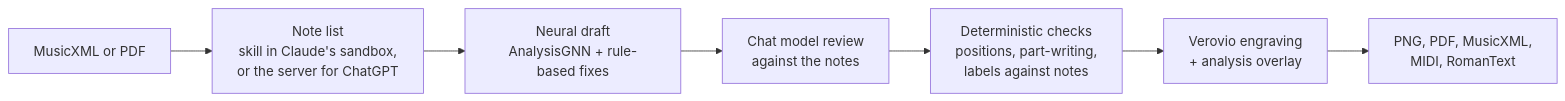
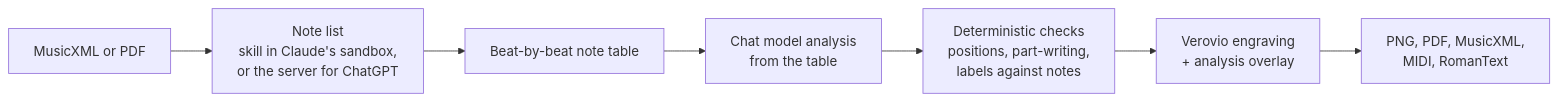
Before and after one commit to Vedat-Ozkan/sheet-music-analysis: the diagram in README.md, drawn with Mermaid. The commit also changed other lines of this file and 2 other files, not shown here.

First line of the commit message:
Review fixes: part-writing checks only for two to four parts, README flow without the draft, student check named

````diff
--- a/README.md
+++ b/README.md
@@ -26,9 +26,9 @@
 ```mermaid
 flowchart LR
     A[MusicXML or PDF] --> B[Note list<br/>skill in Claude's sandbox,<br/>or the server for ChatGPT]
-    B --> C[Neural draft<br/>AnalysisGNN + rule-based fixes]
-    C --> D[Chat model review<br/>against the notes]
+    B --> C[Beat-by-beat note table]
+    C --> D[Chat model analysis<br/>from the table]
     D --> E[Deterministic checks<br/>positions, part-writing,<br/>labels against notes]
     E --> F[Verovio engraving<br/>+ analysis overlay]
     F --> G[PNG, PDF, MusicXML,<br/>MIDI, RomanText]
 ```
````
